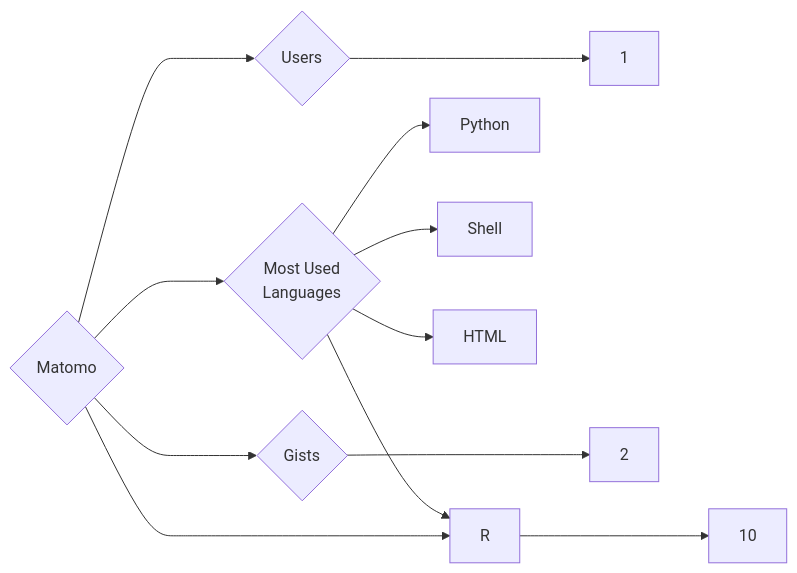
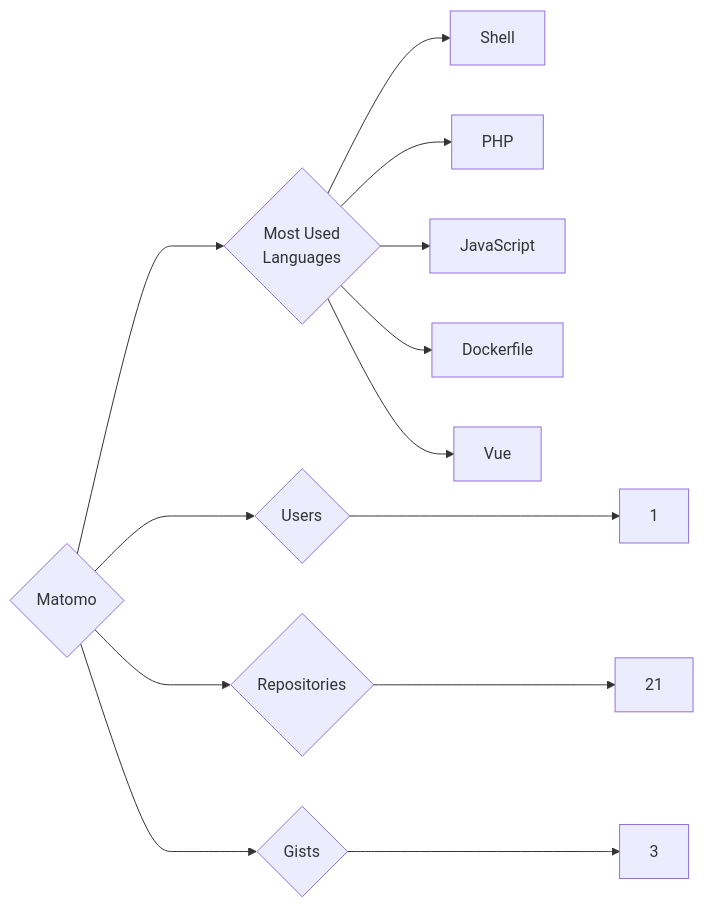
The diagram in targets/Matomo/README.md (trickest/insiders), drawn with Mermaid before and after one commit. The commit also changed 903 other files, not shown here.

````diff
--- a/targets/Matomo/README.md
+++ b/targets/Matomo/README.md
@@ -3,12 +3,13 @@
 ```mermaid
 graph LR
 COMPANY_NAME{Matomo}
 COMPANY_NAME ---> U{Users} ---> UN[1]
-COMPANY_NAME ---> R{Repositories} ---> RN[10]
-COMPANY_NAME ---> G{Gists} ---> GN[2]
+COMPANY_NAME ---> R{Repositories} ---> RN[21]
+COMPANY_NAME ---> G{Gists} ---> GN[3]
 COMPANY_NAME ---> ML{Most Used<br>Languages}
-ML --> Python[Python]
 ML --> Shell[Shell]
-ML --> R[R]
-ML --> HTML[HTML]
+ML --> PHP[PHP]
+ML --> JavaScript[JavaScript]
+ML --> Dockerfile[Dockerfile]
+ML --> Vue[Vue]
 ```
````
